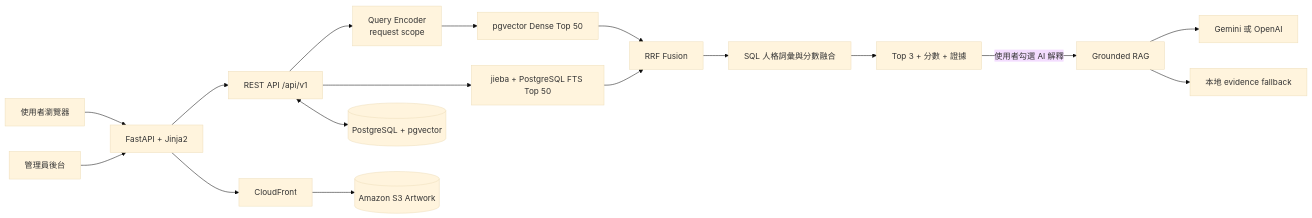
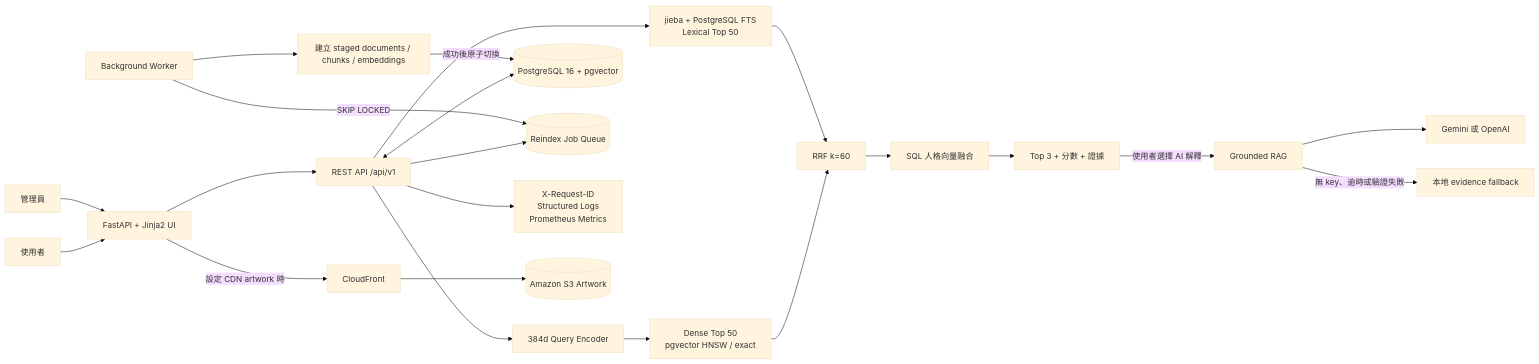
Before and after one commit to likaisuwork9616/pokemon-personality-recommender: the diagram in README.md, drawn with Mermaid (base theme). The commit also changed other lines of this file, not shown here.

````diff
--- a/README.md
+++ b/README.md
@@ -54,22 +38,28 @@
-```mermaid
+~~~mermaid
 flowchart LR
-    U[使用者瀏覽器] --> WEB[FastAPI + Jinja2]
-    A[管理員後台] --> WEB
+    U[使用者] --> UI[FastAPI + Jinja2 UI]
+    ADM[管理員] --> UI
+    UI --> API[REST API /api/v1]
 
-    WEB --> API[REST API /api/v1]
-    API --> QE[Query Encoder<br/>request scope]
-    QE --> D[pgvector Dense Top 50]
-    API --> L[jieba + PostgreSQL FTS Top 50]
-    D --> RRF[RRF Fusion]
+    API --> ENC[384d Query Encoder]
+    ENC --> D[Dense Top 50<br/>pgvector HNSW / exact]
+    API --> L[jieba + PostgreSQL FTS<br/>Lexical Top 50]
+    D --> RRF[RRF k=60]
     L --> RRF
-    RRF --> PS[SQL 人格詞彙與分數融合]
-    PS --> TOP3[Top 3 + 分數 + 證據]
+    RRF --> P[SQL 人格向量融合]
+    P --> T[Top 3 + 分數 + 證據]
 
-    TOP3 -->|使用者勾選 AI 解釋| RAG[Grounded RAG]
-    RAG --> LLM[Gemini 或 OpenAI]
-    RAG --> FALLBACK[本地 evidence fallback]
+    T -->|使用者選擇 AI 解釋| RAG[Grounded RAG]
+    RAG --> PROVIDER[Gemini 或 OpenAI]
+    RAG -->|無 key、逾時或驗證失敗| FB[本地 evidence fallback]
 
-    API <--> PG[(PostgreSQL + pgvector)]
-    WEB --> CDN[CloudFront]
+    API <--> DB[(PostgreSQL 16 + pgvector)]
+    API --> Q[(Reindex Job Queue)]
+    W[Background Worker] -->|SKIP LOCKED| Q
+    W --> S[建立 staged documents / chunks / embeddings]
+    S -->|成功後原子切換| DB
+
+    API --> O[X-Request-ID<br/>Structured Logs<br/>Prometheus Metrics]
+    UI -->|設定 CDN artwork 時| CDN[CloudFront]
     CDN --> S3[(Amazon S3 Artwork)]
-```
+~~~
````
